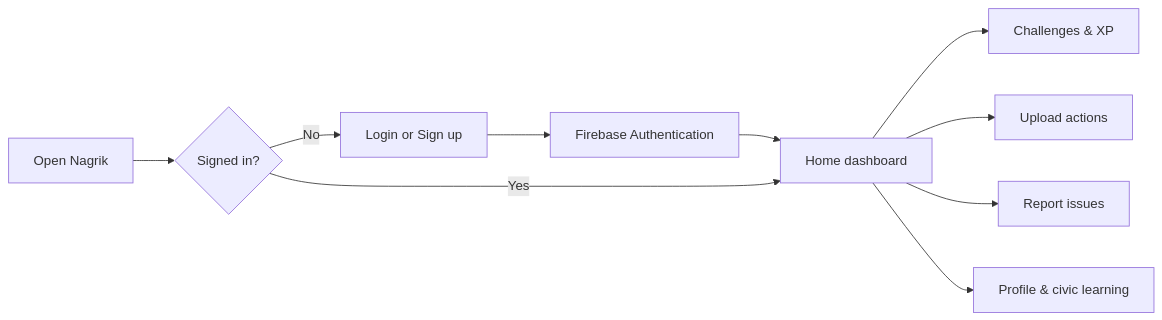
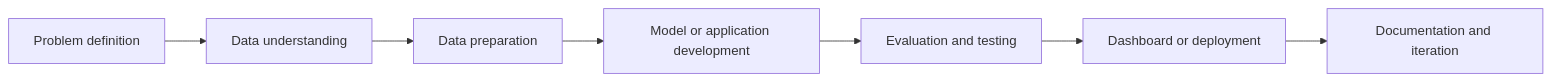
One commit to mathurhritik2507/mathurhritik2507 changed the diagram in README.md. Above: the diagram before and after it, drawn with Mermaid. The commit also changed other lines of this file, not shown here.

````diff
--- a/README.md
+++ b/README.md
@@ -65,12 +156,9 @@
 ```mermaid
 flowchart LR
-    A[Open Nagrik] --> B{Signed in?}
-    B -- No --> C[Login or Sign up]
-    C --> D[Firebase Authentication]
-    D --> E[Home dashboard]
-    B -- Yes --> E
-    E --> F[Challenges & XP]
-    E --> G[Upload actions]
-    E --> H[Report issues]
-    E --> I[Profile & civic learning]
+    A[Problem definition] --> B[Data understanding]
+    B --> C[Data preparation]
+    C --> D[Model or application development]
+    D --> E[Evaluation and testing]
+    E --> F[Dashboard or deployment]
+    F --> G[Documentation and iteration]
 ```
````
